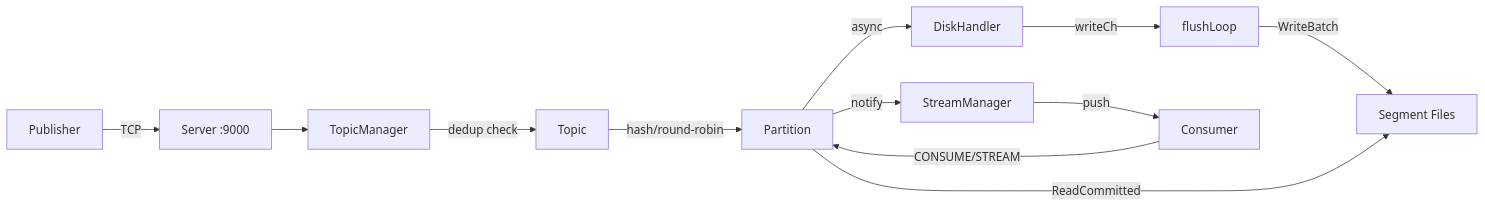
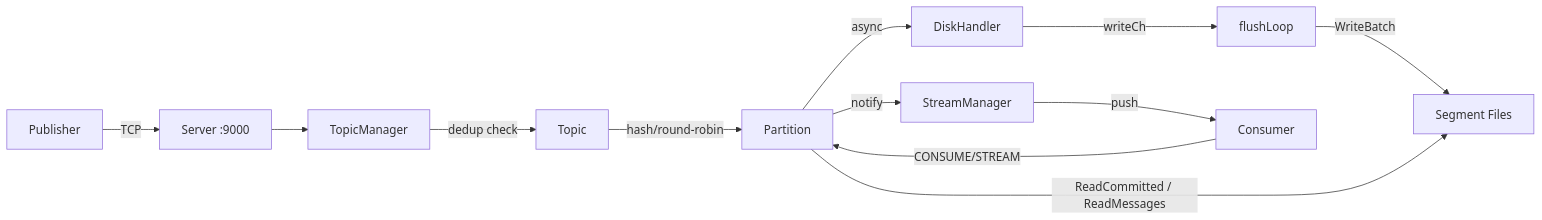
Before and after one commit to cursus-io/cursus: the third of 8 diagrams in docs/architecture.md, drawn with Mermaid. The commit also changed other lines of this file and 5 other files, not shown here.

````diff
--- a/docs/architecture.md
+++ b/docs/architecture.md
@@ -133,14 +133,14 @@
 ```mermaid
 graph LR
     P[Publisher] -->|TCP| S[Server :9000]
     S --> TM[TopicManager]
     TM -->|dedup check| T[Topic]
     T -->|hash/round-robin| Part[Partition]
     Part -->|async| DH[DiskHandler]
     DH -->|writeCh| FL[flushLoop]
     FL -->|WriteBatch| Seg[Segment Files]
     Part -->|notify| SM[StreamManager]
     SM -->|push| C[Consumer]
     C -->|CONSUME/STREAM| Part
-    Part -->|ReadCommitted| Seg
+    Part -->|ReadCommitted / ReadMessages| Seg
 ```
````
